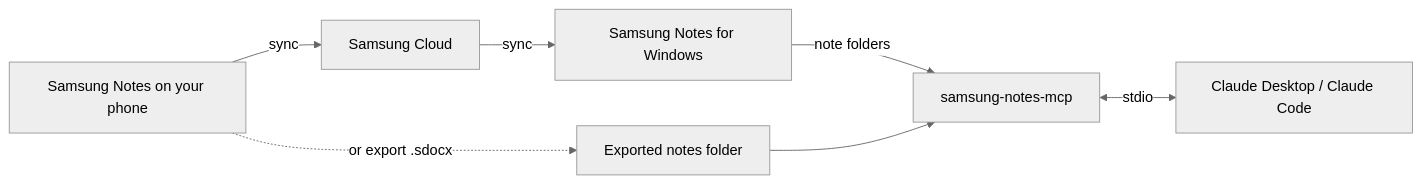
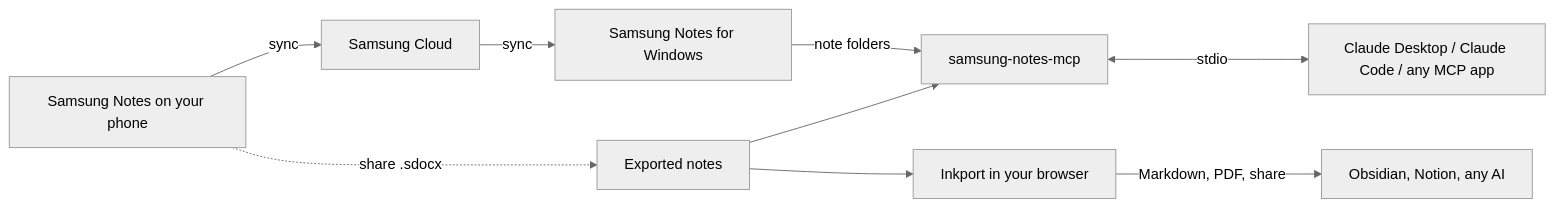
Before and after one commit to Mhemd139/Samsung_Notes: the diagram in README.md, drawn with Mermaid (neutral theme). The commit also changed other lines of this file and 12 other files, not shown here.

````diff
--- a/README.md
+++ b/README.md
@@ -105,9 +144,11 @@
 ```mermaid
 flowchart LR
   phone[Samsung Notes on your phone] -->|sync| cloud[Samsung Cloud]
   cloud -->|sync| app[Samsung Notes for Windows]
   app -->|note folders| server[samsung-notes-mcp]
-  phone -.->|or export .sdocx| folder[Exported notes folder]
+  phone -.->|share .sdocx| folder[Exported notes]
   folder --> server
-  server <-->|stdio| desktop[Claude Desktop / Claude Code]
+  folder --> inkport[Inkport in your browser]
+  server <-->|stdio| claude[Claude Desktop / Claude Code / any MCP app]
+  inkport -->|Markdown, PDF, share| anywhere[Obsidian, Notion, any AI]
 ```
````
